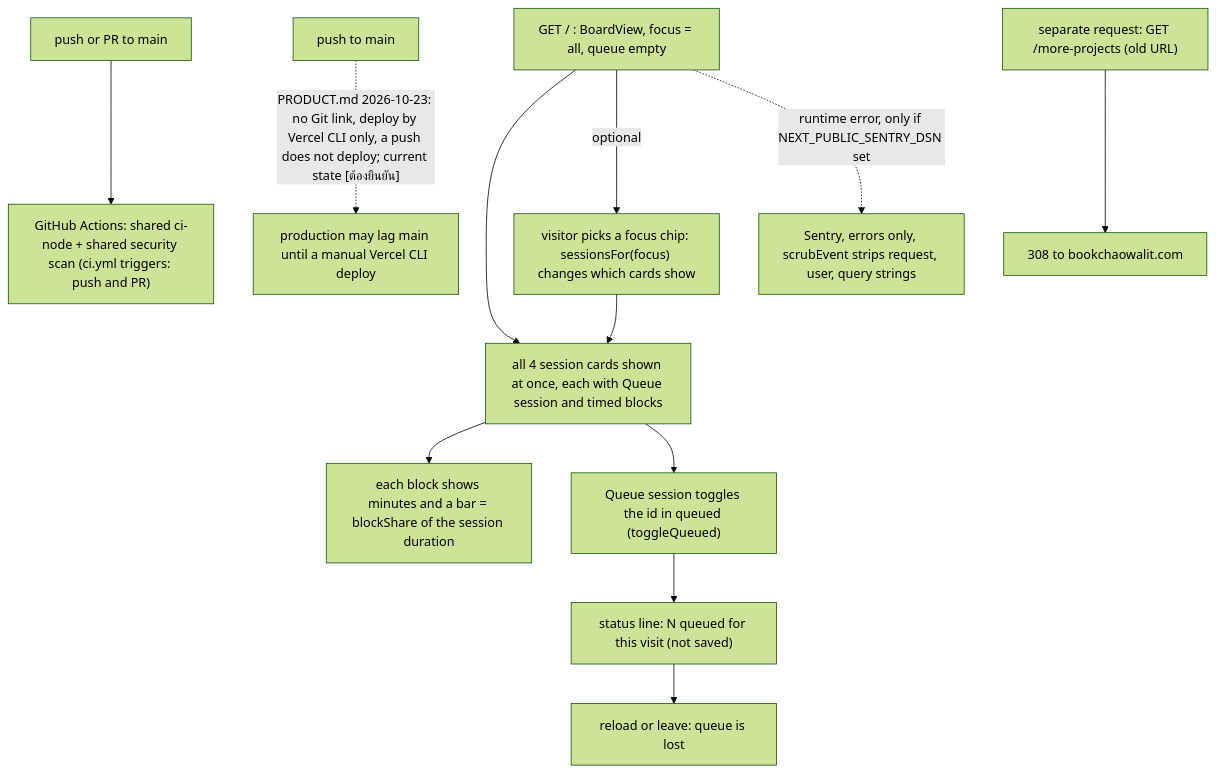
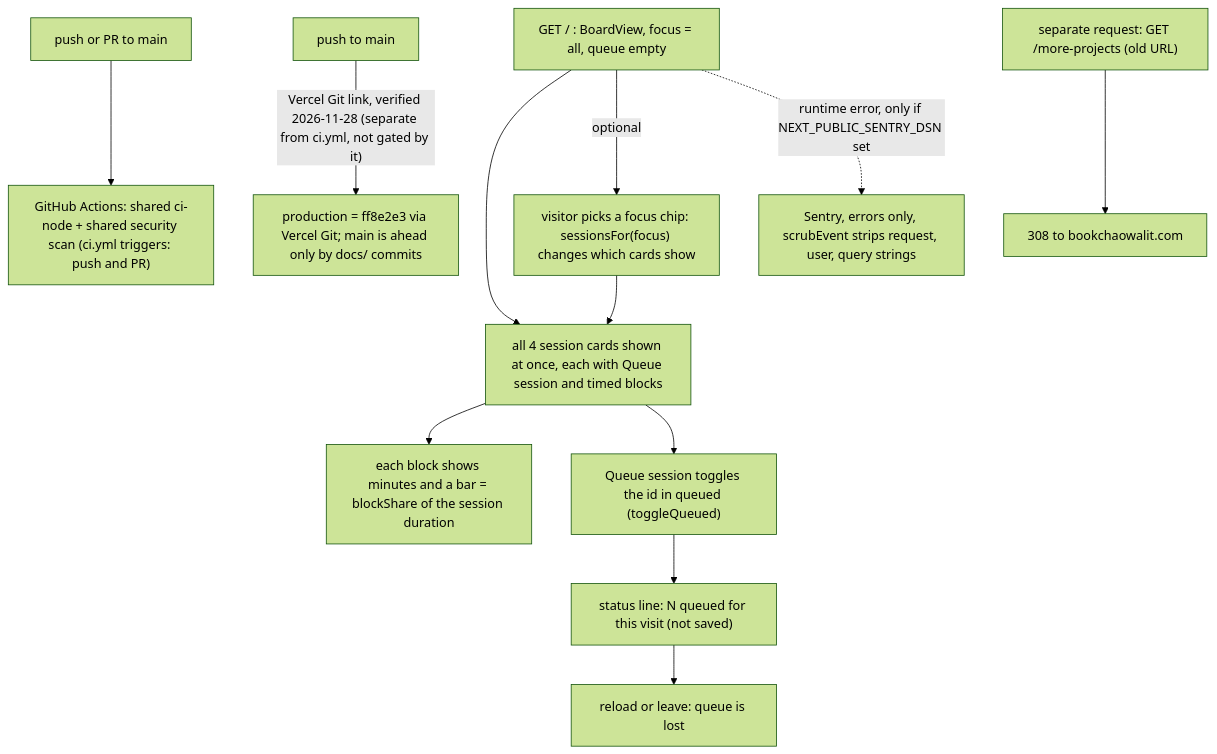
The first of 2 diagrams in docs/diagrams/01-business-process.md (bookchaowalit-website/education-sports-web), drawn with Mermaid (forest theme) before and after one commit. The commit also changed other lines of this file, not shown here.

Commit message:
docs: close Vercel Git link gap (D9), verified 2026-11-28

````diff
--- a/docs/diagrams/01-business-process.md
+++ b/docs/diagrams/01-business-process.md
@@ -9,14 +9,14 @@
 ```mermaid
 flowchart TD
   PR["push or PR to main"] --> CI["GitHub Actions: shared ci-node + shared security scan (ci.yml triggers: push and PR)"]
-  MAIN["push to main"] -.->|"PRODUCT.md 2026-10-23: no Git link, deploy by Vercel CLI only, a push does not deploy; current state [ต้องยืนยัน]"| PROD["production may lag main until a manual Vercel CLI deploy"]
+  MAIN["push to main"] -->|"Vercel Git link, verified 2026-11-28 (separate from ci.yml, not gated by it)"| PROD["production = ff8e2e3 via Vercel Git; main is ahead only by docs/ commits"]
   PAGE["GET / : BoardView, focus = all, queue empty"] --> CARDS["all 4 session cards shown at once, each with Queue session and timed blocks"]
   PAGE -->|"optional"| FOCUS["visitor picks a focus chip: sessionsFor(focus) changes which cards show"]
   FOCUS --> CARDS
   CARDS --> BAR["each block shows minutes and a bar = blockShare of the session duration"]
   CARDS --> QUEUE["Queue session toggles the id in queued (toggleQueued)"]
   QUEUE --> COUNT["status line: N queued for this visit (not saved)"]
   COUNT --> LOST["reload or leave: queue is lost"]
   PAGE -.->|"runtime error, only if NEXT_PUBLIC_SENTRY_DSN set"| SENTRY["Sentry, errors only, scrubEvent strips request, user, query strings"]
   DIRECT["separate request: GET /more-projects (old URL)"] --> REDIR["308 to bookchaowalit.com"]
 ```
````
